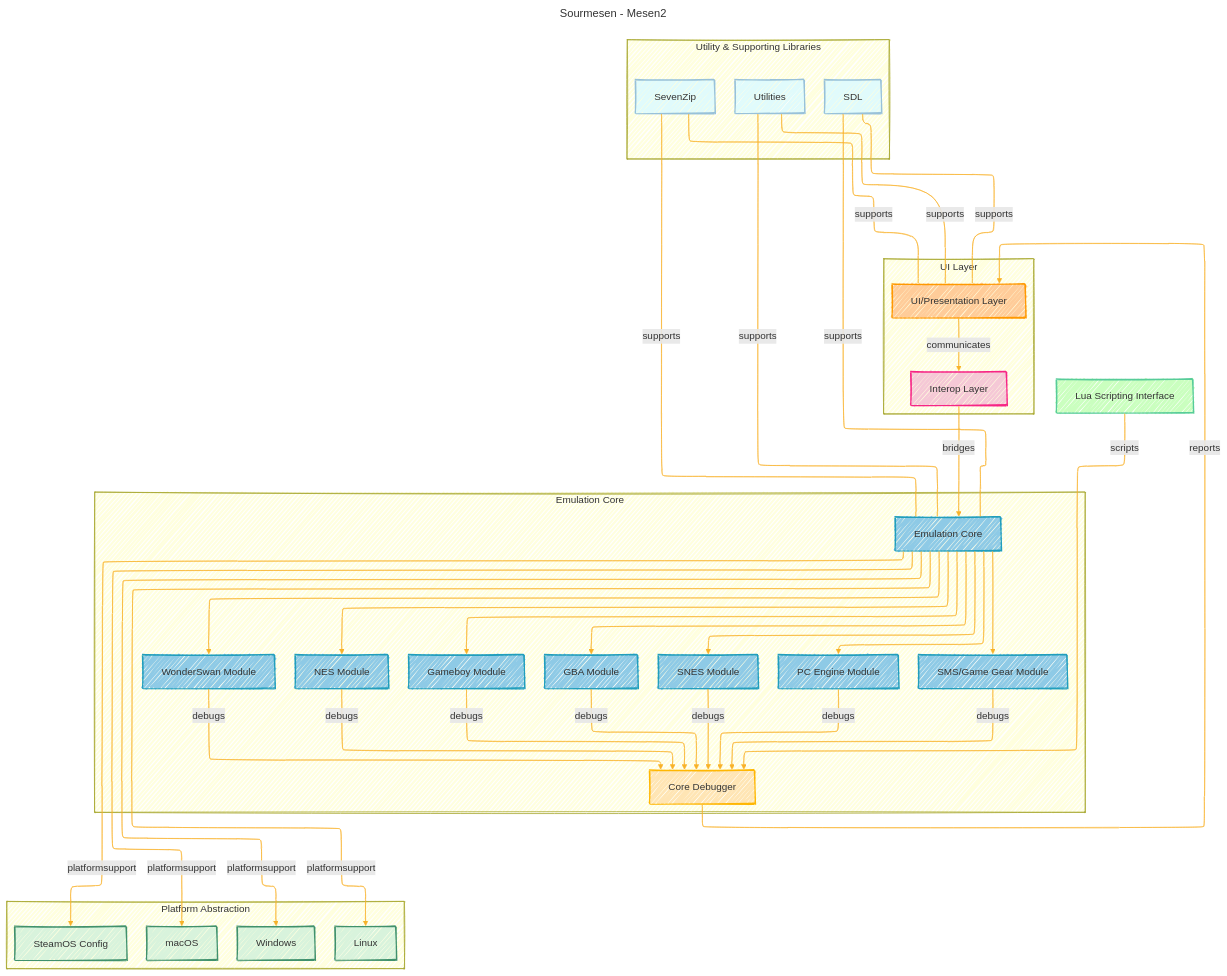
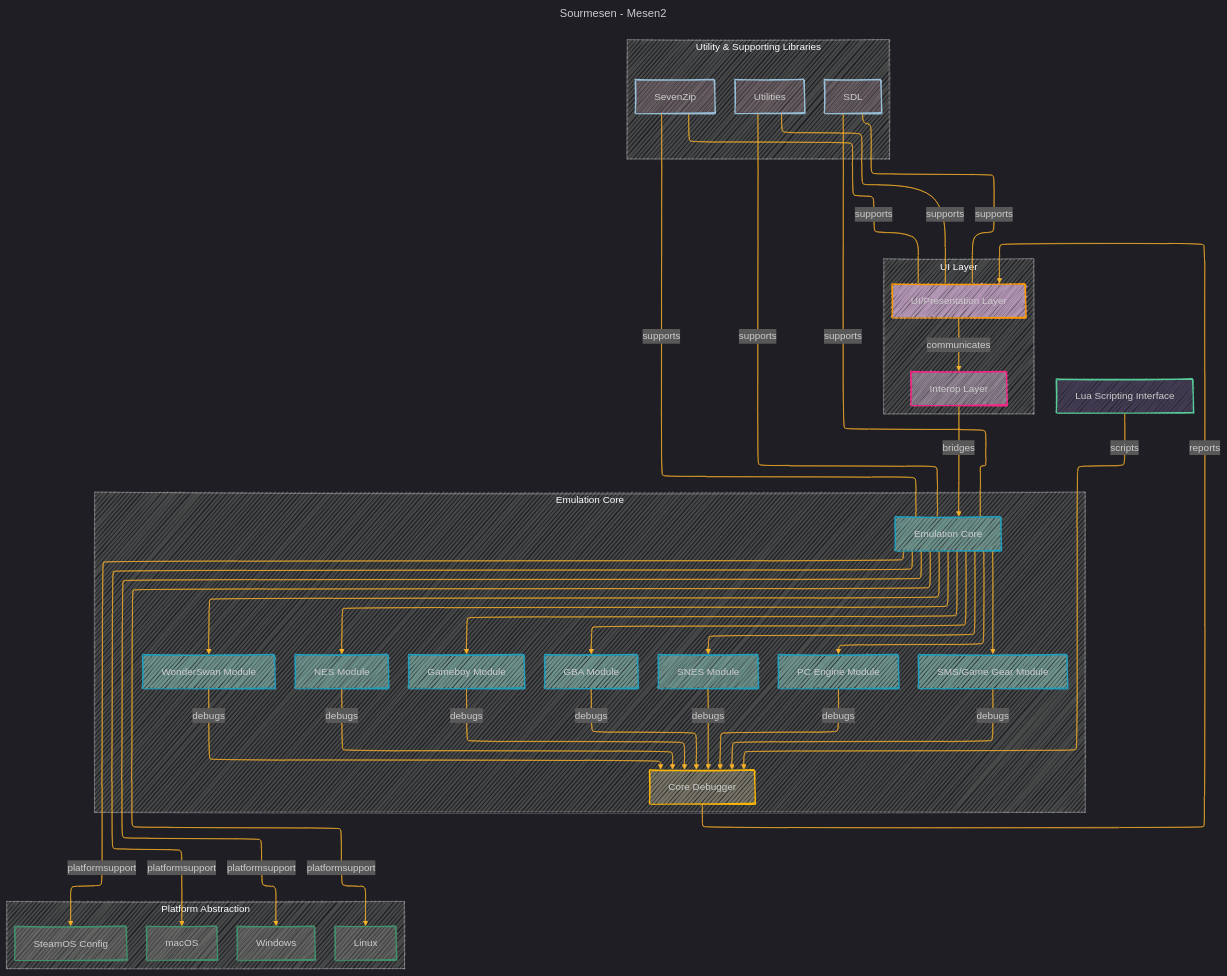
Before and after one commit to CongLeSolutionX/ArchExplorer: the diagram in GAMES/sourmesen_mesen2.md, drawn with Mermaid.

Commit message:
update notes

````diff
--- a/GAMES/sourmesen_mesen2.md
+++ b/GAMES/sourmesen_mesen2.md
@@ -32,7 +32,7 @@
 config:
   layout: elk
   look: handDrawn
-  theme: default
+  theme: dark
 ---
 %%%%%%%% Mermaid version v11.4.1-b.14
 %%%%%%%% Toggle theme value to `base` to activate the initilization below for the customized theme version.
@@ -146,12 +146,12 @@
     click SdlLib "https://github.com/sourmesen/mesen2/tree/master/Sdl"
 
     %% Styles
-    classDef core fill:#8ecae6,stroke:#219ebc,stroke-width:2px;
-    classDef ui fill:#ffcc99,stroke:#ff9900,stroke-width:2px;
-    classDef interop fill:#f5c8d6,stroke:#f72585,stroke-width:2px;
-    classDef debugger fill:#ffe5b4,stroke:#ffb703,stroke-width:2px;
-    classDef scripting fill:#caffbf,stroke:#57cc99,stroke-width:2px;
-    classDef platform fill:#d8f3dc,stroke:#40916c,stroke-width:2px;
-    classDef util fill:#e0fbfc,stroke:#98c1d9,stroke-width:2px;
+    classDef core fill:#afe6,stroke:#219ebc,stroke-width:2px;
+    classDef ui fill:#fcf9,stroke:#ff9900,stroke-width:2px;
+    classDef interop fill:#fdf6,stroke:#f72585,stroke-width:2px;
+    classDef debugger fill:#feb4,stroke:#ffb703,stroke-width:2px;
+    classDef scripting fill:#caf3,stroke:#57cc99,stroke-width:2px;
+    classDef platform fill:#ddc3,stroke:#40916c,stroke-width:2px;
+    classDef util fill:#ebc3,stroke:#98c1d9,stroke-width:2px;
 
 ```
````
